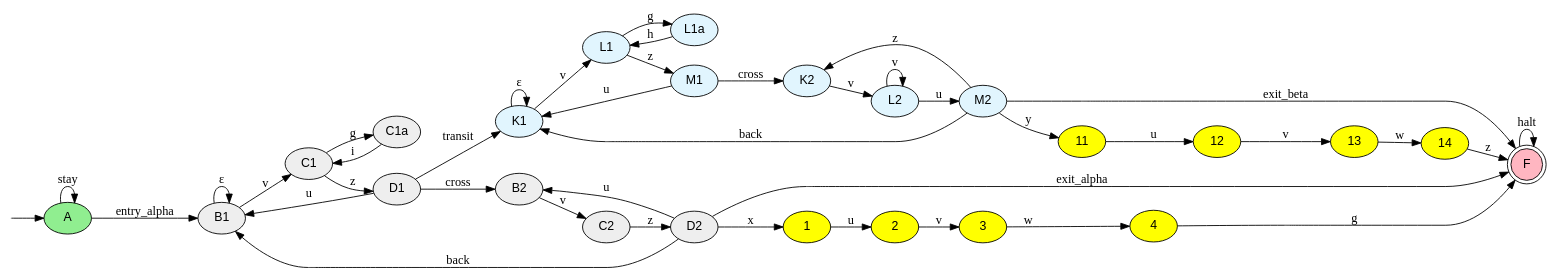
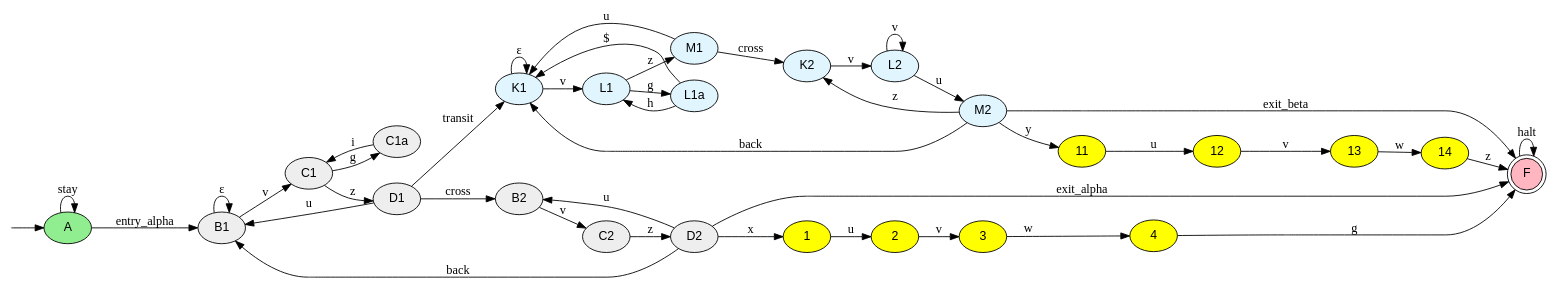
One commit to katsmil/dfa-to-fdfa changed the diagram in Input/bisimilarity/more_complex_variant.dot. Above: the diagram before and after it, drawn with Graphviz. The commit also changed 5 other files, not shown here.

```diff
--- a/Input/bisimilarity/more_complex_variant.dot
+++ b/Input/bisimilarity/more_complex_variant.dot
@@ -1,77 +1,78 @@
 digraph G {
   rankdir=LR;
   node [fontname="Arial", style=filled]; // Standaard stijl voor alle knopen
 
   __start0 [label="" shape=none width=0 height=0];
   __start0 -> A;
   A [fillcolor=lightgreen];
   F [shape=doublecircle, fillcolor=lightpink];
 
   // --- REGIO ALPHA (Grijze tint) ---
   node [fillcolor="#eeeeee"]; 
   a_B1 [label="B1"]; a_C1 [label="C1"]; a_D1 [label="D1"];
   a_B2 [label="B2"]; a_C2 [label="C2"]; a_D2 [label="D2"];
   a_C1a [label="C1a"]
 
   a_B1 -> a_C1 [label="v"];
   a_C1 -> a_D1 [label="z"];
   a_C1 -> a_C1a [label="g"];
   a_C1a -> a_C1 [label="i"];
   a_D1 -> a_B1 [label="u"];
   
   a_B2 -> a_C2 [label="v"];
   a_C2 -> a_D2 [label="z"];
   a_D2 -> a_B2 [label="u"];
 
   a_D1 -> a_B2 [label="cross"];
   a_D2 -> a_B1 [label="back"];
   a_B1 -> a_B1 [label="ε"];
 
   // --- REGIO BETA (Blauwe tint) ---
   node [fillcolor="#e1f5fe"];
   b_K1 [label="K1"]; b_L1 [label="L1"]; b_M1 [label="M1"];
   b_K2 [label="K2"]; b_L2 [label="L2"]; b_M2 [label="M2"];
   b_L1a [label="L1a"]
 
   b_K1 -> b_L1 [label="v"];
   b_L1 -> b_M1 [label="z"];
   b_L1 -> b_L1a [label="g"];
   b_L1a -> b_L1 [label="h"];
+  b_L1a -> b_K1 [label="$"];
   b_M1 -> b_K1 [label="u"];
   
   b_K2 -> b_L2 [label="v"];
   b_L2 -> b_M2 [label="u"];
   b_M2 -> b_K2 [label="z"];
 
   b_M1 -> b_K2 [label="cross"];
   b_M2 -> b_K1 [label="back"];
   b_K1 -> b_K1 [label="ε"];
   b_L2 -> b_L2 [label="v"];
   
   // ---REGIO ACYCLISCH ---
   node [fillcolor="#FFFF00"];
   1; 2; 3; 4;
   11;12;13;14
   1 -> 2 [label="u"];
   2 -> 3 [label="v"];
   3 -> 4 [label="w"];
   
   11 -> 12 [label="u"];
   12 -> 13 [label="v"];
   13 -> 14 [label="w"];
 
   // --- Verbindingen ---
   node [fillcolor=white]; // Reset kleur voor rest
   A -> a_B1 [label="entry_alpha"];
   a_D1 -> b_K1 [label="transit"];
   a_D2 -> F [label="exit_alpha"];
   a_D2 -> 1 [label="x"];
  
   14 -> F [label="z"];
   4 -> F [label="g"];
   
   b_M2 -> F [label="exit_beta"];
   b_M2 -> 11 [label="y"];
   A  -> A  [label="stay"];
   F  -> F  [label="halt"];
 }
```
